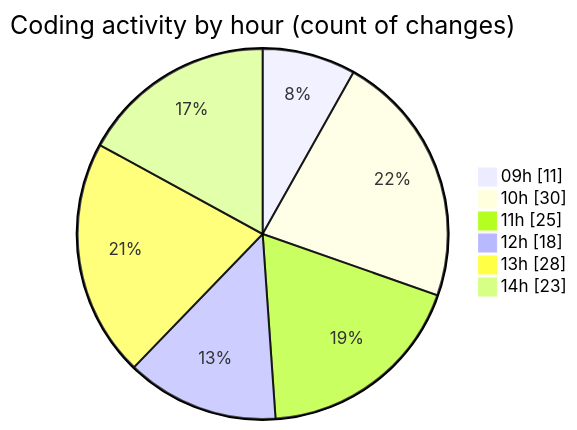
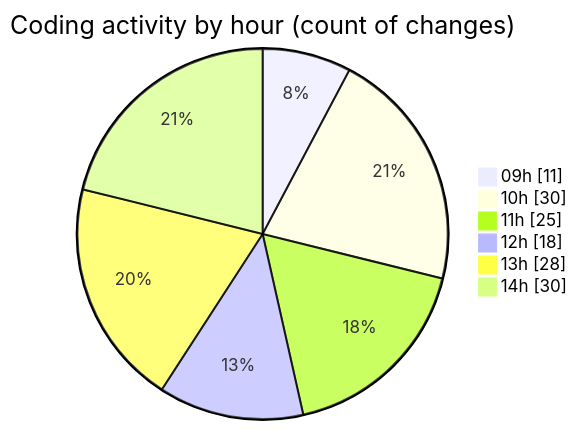
One commit to momahboobian/code-tracking changed the second of 2 diagrams in 2025-06-24/cda/README.md. Above: the diagram before and after it, drawn with Mermaid. The commit also changed other lines of this file and 1 other file, not shown here.

````diff
--- a/2025-06-24/cda/README.md
+++ b/2025-06-24/cda/README.md
@@ -32,10 +32,10 @@
 ```mermaid
 pie showData
 title Coding activity by hour (count of changes)
 "09h" : 11
 "10h" : 30
 "11h" : 25
 "12h" : 18
 "13h" : 28
-"14h" : 23
+"14h" : 30
 ```
````
